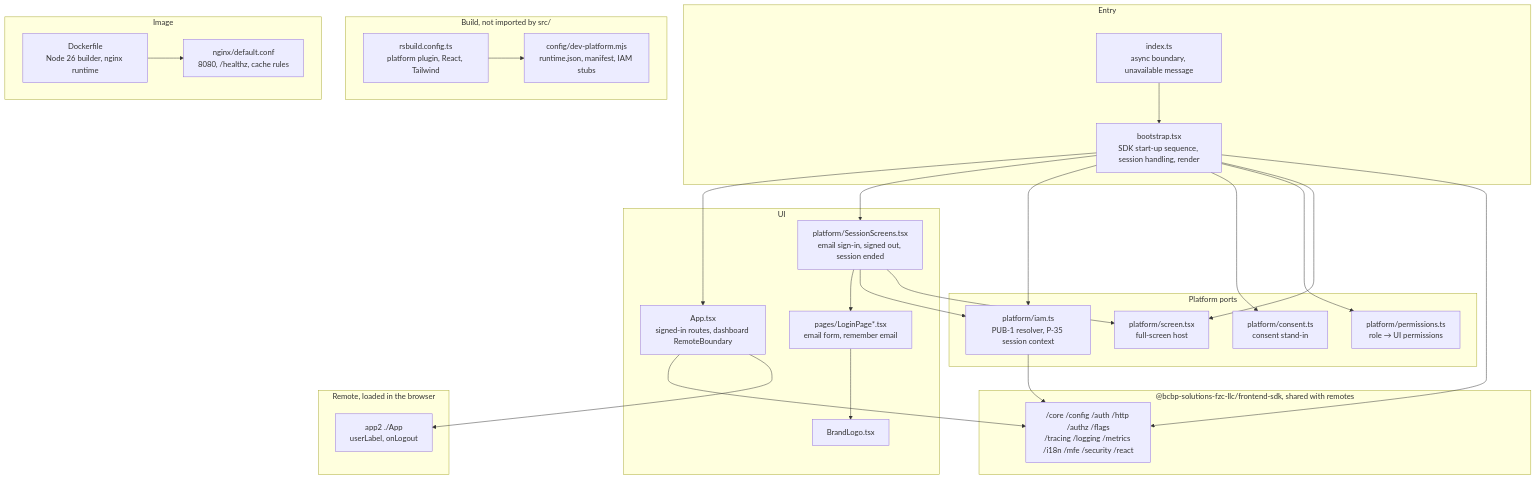
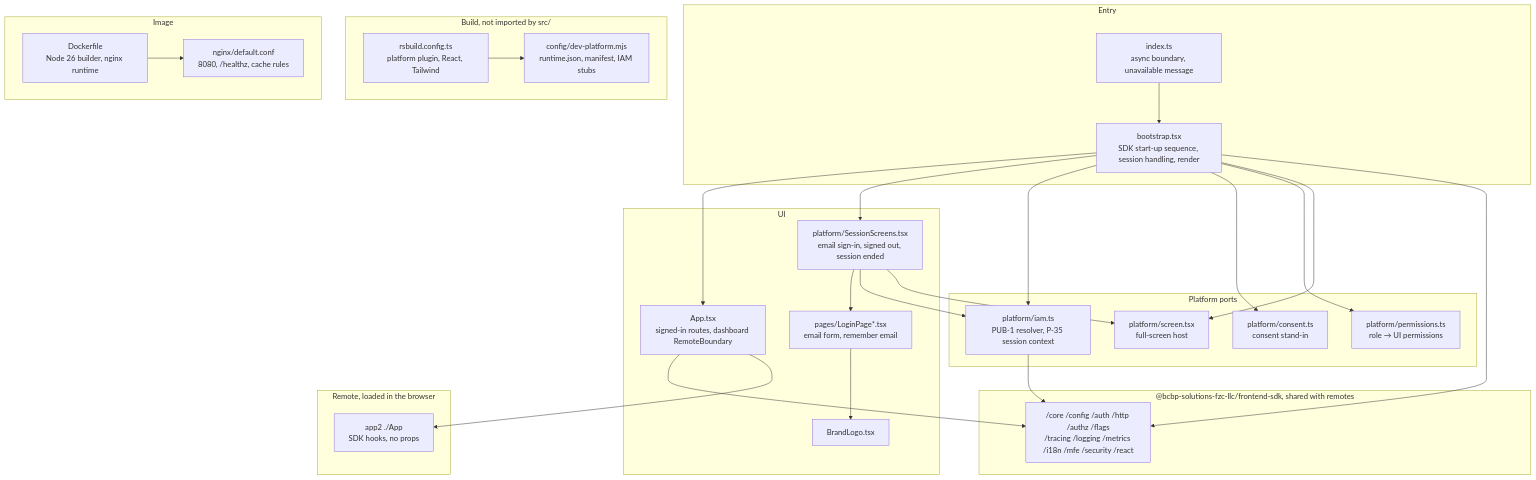
The diagram in docs/architecture/mermaid/layer-model.mmd (BCBP-SOLUTIONS-FZC-LLC/web-shell), drawn with Mermaid before and after one commit. The commit also changed 12 other files, not shown here.

First line of the commit message:
Stop passing props to app2; the remote uses the SDK hooks (#17)

```diff
--- a/docs/architecture/mermaid/layer-model.mmd
+++ b/docs/architecture/mermaid/layer-model.mmd
@@ -1,55 +1,55 @@
 graph TD
     subgraph entry["Entry"]
         index["index.ts\nasync boundary, unavailable message"]
         boot["bootstrap.tsx\nSDK start-up sequence, session handling, render"]
     end
 
     subgraph ui["UI"]
         app["App.tsx\nsigned-in routes, dashboard RemoteBoundary"]
         screens["platform/SessionScreens.tsx\nemail sign-in, signed out, session ended"]
         login["pages/LoginPage*.tsx\nemail form, remember email"]
         logo["BrandLogo.tsx"]
     end
 
     subgraph ports["Platform ports"]
         iam["platform/iam.ts\nPUB-1 resolver, P-35 session context"]
         consent["platform/consent.ts\nconsent stand-in"]
         perms["platform/permissions.ts\nrole → UI permissions"]
         screen["platform/screen.tsx\nfull-screen host"]
     end
 
     subgraph sdk["@bcbp-solutions-fzc-llc/frontend-sdk, shared with remotes"]
         sdkmods["/core /config /auth /http /authz /flags\n/tracing /logging /metrics /i18n /mfe /security /react"]
     end
 
     subgraph remote["Remote, loaded in the browser"]
-        app2["app2 ./App\nuserLabel, onLogout"]
+        app2["app2 ./App\nSDK hooks, no props"]
     end
 
     subgraph build["Build, not imported by src/"]
         rsbuild["rsbuild.config.ts\nplatform plugin, React, Tailwind"]
         devplat["config/dev-platform.mjs\nruntime.json, manifest, IAM stubs"]
     end
 
     subgraph image["Image"]
         nginx["nginx/default.conf\n8080, /healthz, cache rules"]
         docker["Dockerfile\nNode 26 builder, nginx runtime"]
     end
 
     index --> boot
     boot --> app
     boot --> screens
     boot --> iam
     boot --> consent
     boot --> perms
     boot --> screen
     boot --> sdkmods
     screens --> login
     screens --> iam
     screens --> screen
     login --> logo
     app --> sdkmods
     app --> app2
     iam --> sdkmods
     rsbuild --> devplat
     docker --> nginx
```
